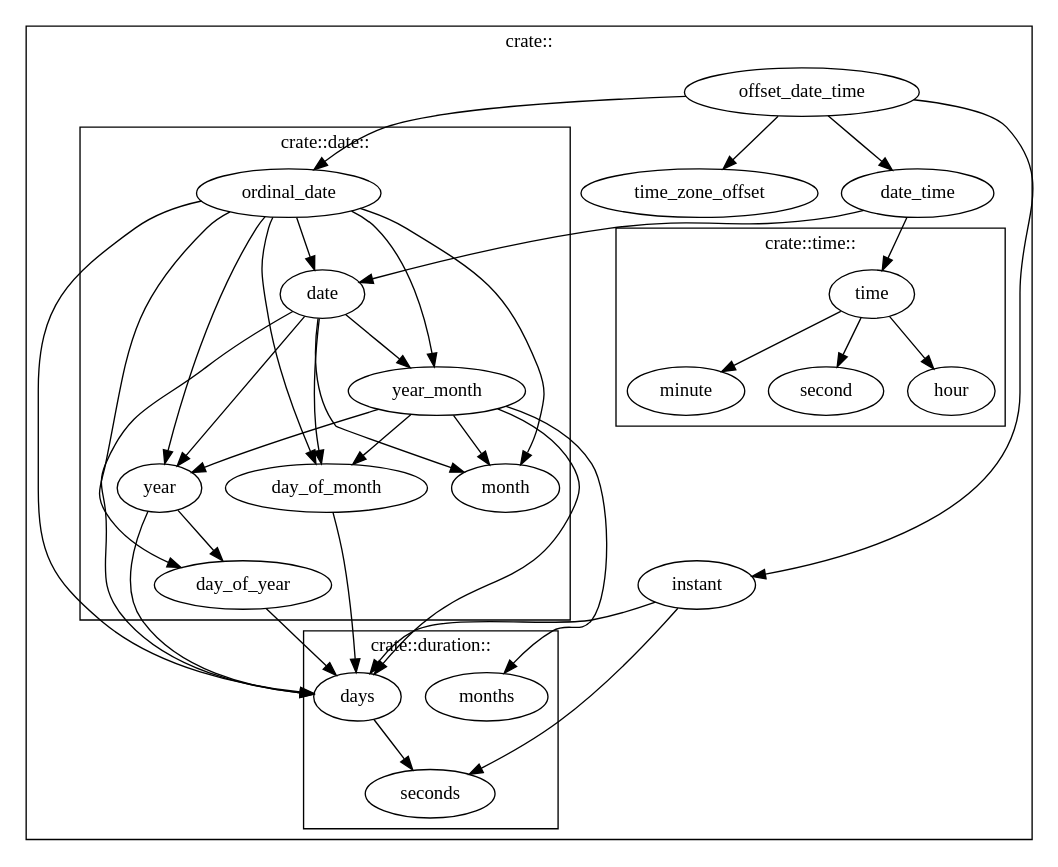
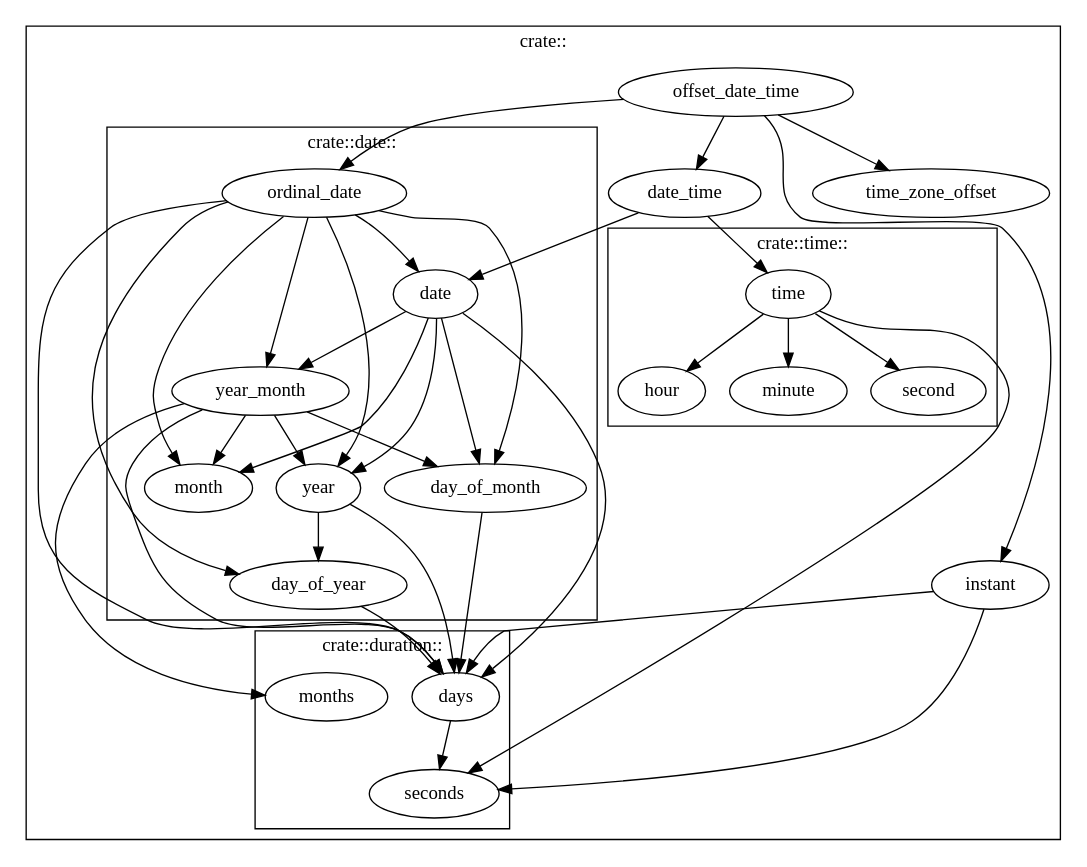
Before and after one commit to bouzuya/rust-limited-date-time: the diagram in mod_deps.dot, drawn with Graphviz. The commit also changed 1 other file, not shown here.

Commit message:
add Time::seconds_from_midnight

```diff
--- a/mod_deps.dot
+++ b/mod_deps.dot
@@ -1,82 +1,83 @@
 digraph {
   // Vertex
 
   subgraph cluster3 {
     label = "crate::"
 
     subgraph cluster0 {
       label = "crate::date::"
       date
       day_of_month
       day_of_year
       month
       ordinal_date
       year
       year_month
     }
 
     subgraph cluster1 {
       label = "crate::duration::"
       days
       months
       seconds
     }
 
     subgraph cluster2 {
       label = "crate::time::"
       hour
       minute
       second
       time
     }
 
     date_time
     // date
     // duration
     instant
     offset_date_time
     time_zone_offset
     // time
   }
 
   // Edge
 
   // date::*
   day_of_month -> days
   day_of_year -> days
   year_month -> days
   year_month -> months
   year_month -> day_of_month
   year_month -> month
   year_month -> year
   year -> day_of_year
   year -> days
 
   // duration::*
   days -> seconds
 
   // crate::*
   date_time -> date
   date_time -> time
   date -> year
   date -> month
   date -> day_of_month
   date -> year_month
   date -> days
   instant -> days
   instant -> seconds
   offset_date_time -> date_time
   offset_date_time -> instant
   offset_date_time -> ordinal_date
   offset_date_time -> time_zone_offset
   ordinal_date -> year
   ordinal_date -> date
   ordinal_date -> day_of_month
   ordinal_date -> days
   ordinal_date -> month
   ordinal_date -> year_month
   ordinal_date -> day_of_year
   time -> hour
   time -> minute
   time -> second
+  time -> seconds
 }
```
